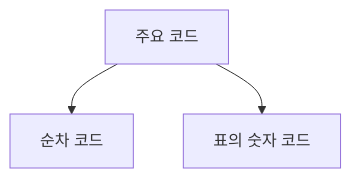
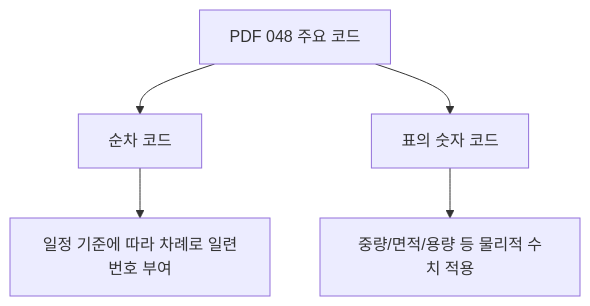
The third of 8 diagrams in 정보처리기사/1과목 소프트웨어 설계/048 주요 코드/048 주요 코드.md (nes0903/study), drawn with Mermaid before and after one commit. The commit also changed other lines of this file and 318 other files, not shown here.

````diff
--- a/정보처리기사/1과목 소프트웨어 설계/048 주요 코드/048 주요 코드.md
+++ b/정보처리기사/1과목 소프트웨어 설계/048 주요 코드/048 주요 코드.md
@@ -13,6 +60,8 @@
 ```mermaid
 flowchart TD
-    A["주요 코드"]
-    A --> N1["순차 코드"]
-    A --> N2["표의 숫자 코드"]
+    A["PDF 048 주요 코드"]
+    A --> B["순차 코드"]
+    A --> C["표의 숫자 코드"]
+    B --> B1["일정 기준에 따라 차례로 일련번호 부여"]
+    C --> C1["중량/면적/용량 등 물리적 수치 적용"]
 ```
````
